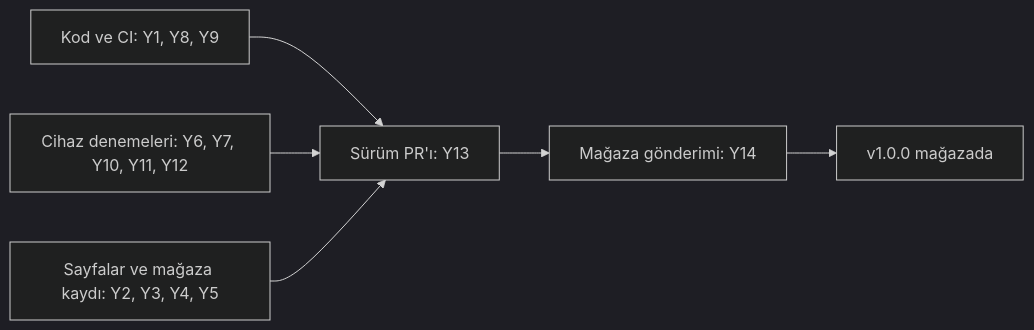
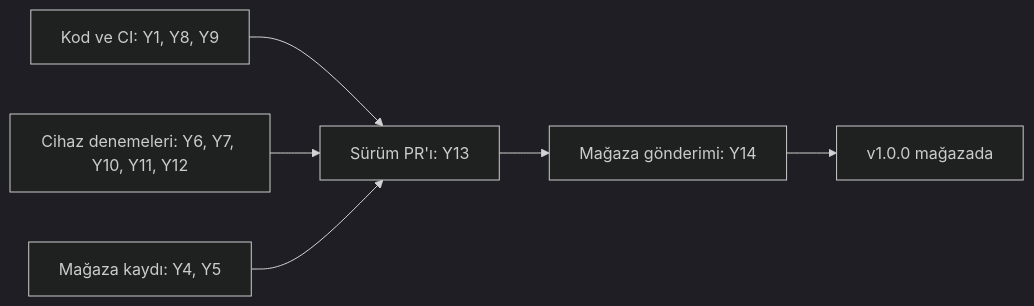
One commit to dogancanyildiz/kenet changed the third of 3 diagrams in docs/roadmap.md. Above: the diagram before and after it, drawn with Mermaid (dark theme). The commit also changed other lines of this file and 1 other file, not shown here.

````diff
--- a/docs/roadmap.md
+++ b/docs/roadmap.md
@@ -66,8 +67,8 @@
 ```mermaid
 flowchart LR
     K["Kod ve CI: Y1, Y8, Y9"] --> P["Sürüm PR'ı: Y13"]
     C["Cihaz denemeleri: Y6, Y7, Y10, Y11, Y12"] --> P
-    S["Sayfalar ve mağaza kaydı: Y2, Y3, Y4, Y5"] --> P
+    S["Mağaza kaydı: Y4, Y5"] --> P
     P --> G["Mağaza gönderimi: Y14"]
     G --> V["v1.0.0 mağazada"]
 ```
````
